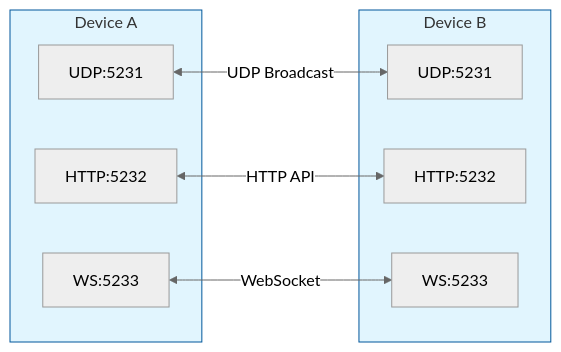
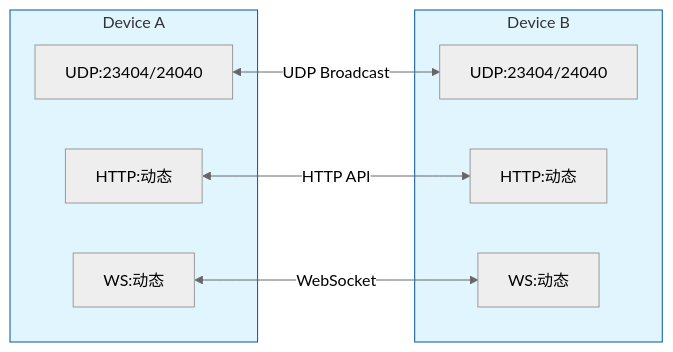
The second of 5 diagrams in KitX Dashboard/Docs/KitX-Dashboard-架构文档.md (Crequency/KitX-Dashboard), drawn with Mermaid (neutral theme) before and after one commit. The commit also changed other lines of this file, not shown here.

````diff
--- a/KitX Dashboard/Docs/KitX-Dashboard-架构文档.md
+++ b/KitX Dashboard/Docs/KitX-Dashboard-架构文档.md
@@ -402,21 +405,21 @@
 ```mermaid
 flowchart LR
     subgraph DeviceA[Device A]
-        A_UDP[UDP:5231]
-        A_HTTP[HTTP:5232]
-        A_WS[WS:5233]
+        A_UDP[UDP:23404/24040]
+        A_HTTP[HTTP:动态]
+        A_WS[WS:动态]
     end
 
     subgraph DeviceB[Device B]
-        B_UDP[UDP:5231]
-        B_HTTP[HTTP:5232]
-        B_WS[WS:5233]
+        B_UDP[UDP:23404/24040]
+        B_HTTP[HTTP:动态]
+        B_WS[WS:动态]
     end
 
     A_UDP <-->|UDP Broadcast| B_UDP
     A_HTTP <-->|HTTP API| B_HTTP
     A_WS <-->|WebSocket| B_WS
 
     style DeviceA fill:#e1f5fe,stroke:#01579b
     style DeviceB fill:#e1f5fe,stroke:#01579b
 ```
````
